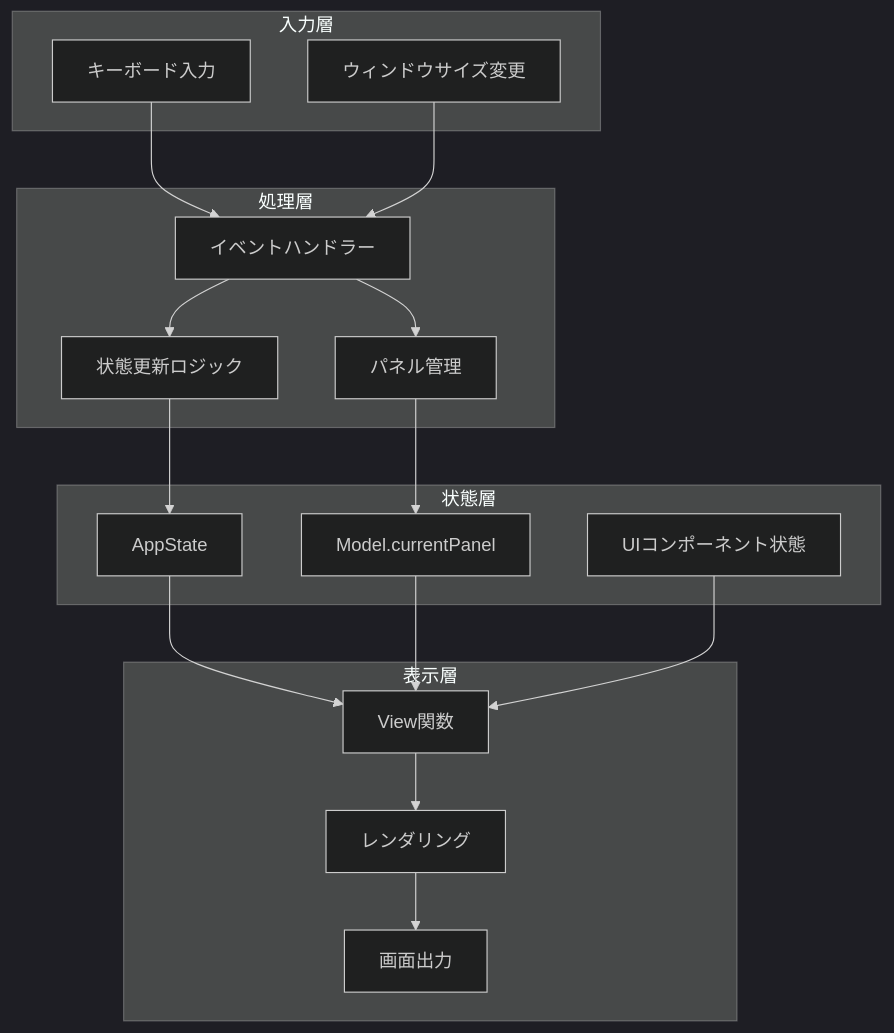
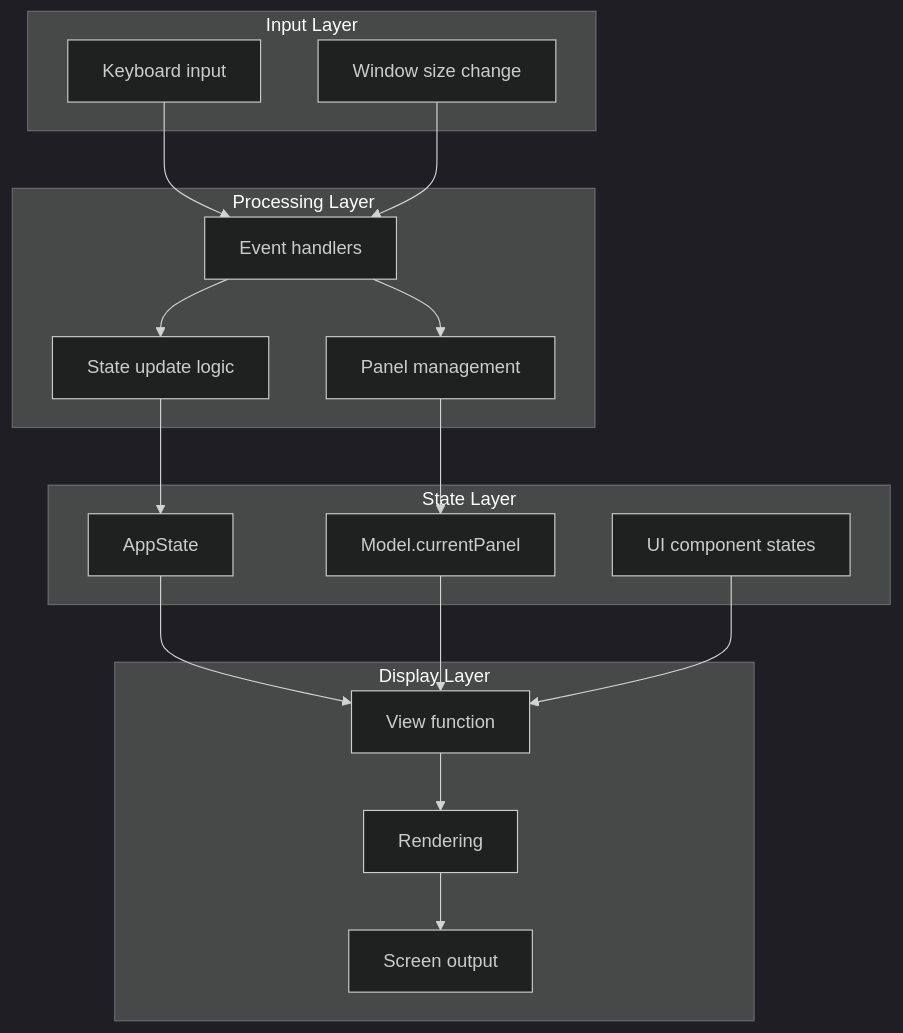
Before and after one commit to tom555-555/tuimv: the eighth of 10 diagrams in docs/architecture-diagrams.md, drawn with Mermaid (dark theme). The commit also changed other lines of this file and 3 other files, not shown here.

````diff
--- a/docs/architecture-diagrams.md
+++ b/docs/architecture-diagrams.md
@@ -228,37 +230,37 @@
 ```mermaid
 flowchart TB
-    subgraph "入力層"
-        A[キーボード入力]
-        B[ウィンドウサイズ変更]
+    subgraph "Input Layer"
+        A[Keyboard input]
+        B[Window size change]
     end
     
-    subgraph "処理層"
-        C[イベントハンドラー]
-        D[状態更新ロジック]
-        E[パネル管理]
+    subgraph "Processing Layer"
+        C[Event handlers]
+        D[State update logic]
+        E[Panel management]
     end
     
-    subgraph "状態層"
+    subgraph "State Layer"
         F[AppState]
         G[Model.currentPanel]
-        H[UIコンポーネント状態]
+        H[UI component states]
     end
     
-    subgraph "表示層"
-        I[View関数]
-        J[レンダリング]
-        K[画面出力]
+    subgraph "Display Layer"
+        I[View function]
+        J[Rendering]
+        K[Screen output]
     end
     
     A --> C
     B --> C
     C --> D
     C --> E
     D --> F
     E --> G
     F --> I
     G --> I
     H --> I
     I --> J
     J --> K
 ```
````
